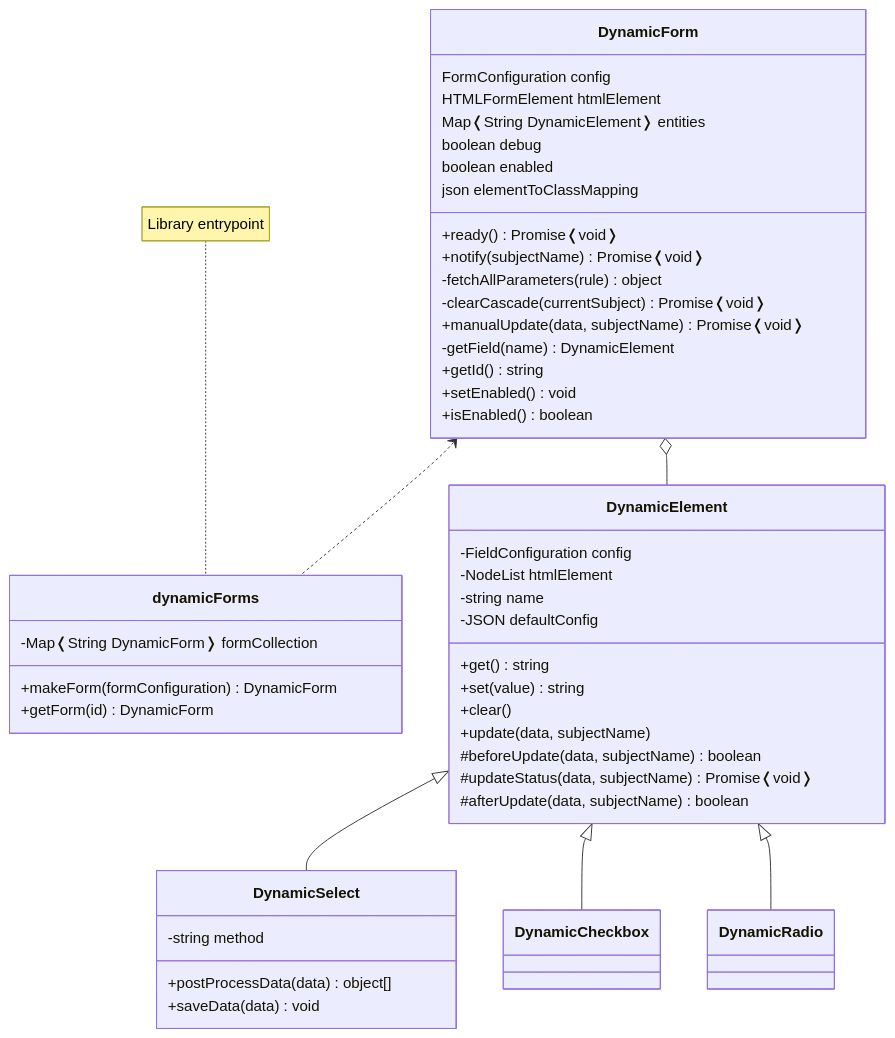
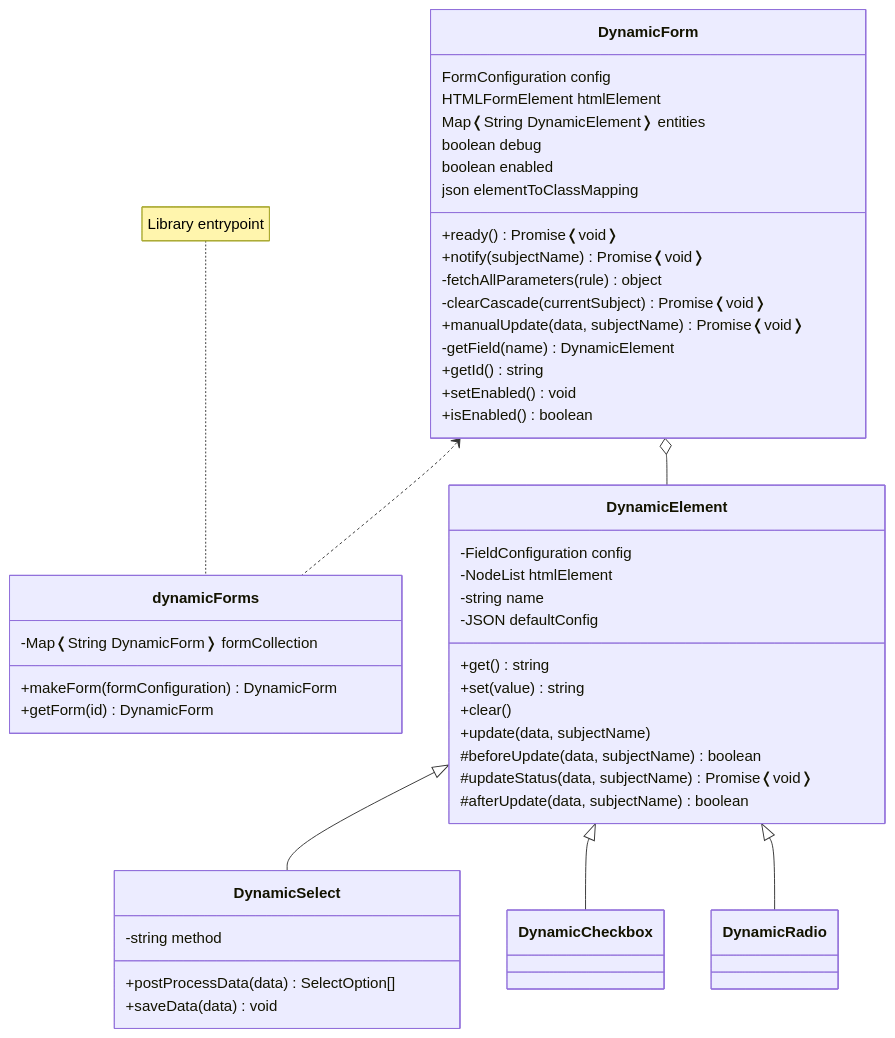
One commit to simomosi/dynamic-forms changed the diagram in docs/classdiagram.mmd. Above: the diagram before and after it, drawn with Mermaid. The commit also changed 4 other files, not shown here.

```diff
--- a/docs/classdiagram.mmd
+++ b/docs/classdiagram.mmd
@@ -1,54 +1,54 @@
 classDiagram
 
     class DynamicForm {
         FormConfiguration config
         HTMLFormElement htmlElement
         Map❬String DynamicElement❭ entities
         boolean debug
         boolean enabled
         json elementToClassMapping
 
         +ready() Promise❬void❭
         +notify(subjectName) Promise❬void❭
         -fetchAllParameters(rule) object
         -clearCascade(currentSubject) Promise❬void❭
         +manualUpdate(data, subjectName) Promise❬void❭
         -getField(name) DynamicElement
         +getId() string
         +setEnabled() void
         +isEnabled() boolean
     }
 
     class dynamicForms {
         -Map❬String DynamicForm❭ formCollection
         +makeForm(formConfiguration) DynamicForm
         +getForm(id) DynamicForm
     }
 
     note for dynamicForms "Library entrypoint"
 
     class DynamicElement {
         -FieldConfiguration config
         -NodeList htmlElement
         -string name
         -JSON defaultConfig
         +get() string
         +set(value) string
         +clear()
         +update(data, subjectName)
         #beforeUpdate(data, subjectName) boolean
         #updateStatus(data, subjectName) Promise❬void❭
         #afterUpdate(data, subjectName) boolean
     }
 
     class DynamicSelect {
         -string method
-        +postProcessData(data) object[]
+        +postProcessData(data) SelectOption[]
         +saveData(data) void
     }
 
     DynamicForm <.. dynamicForms
     DynamicForm o-- DynamicElement
     DynamicElement <|-- DynamicSelect
     DynamicElement <|-- DynamicCheckbox
     DynamicElement <|-- DynamicRadio
```
